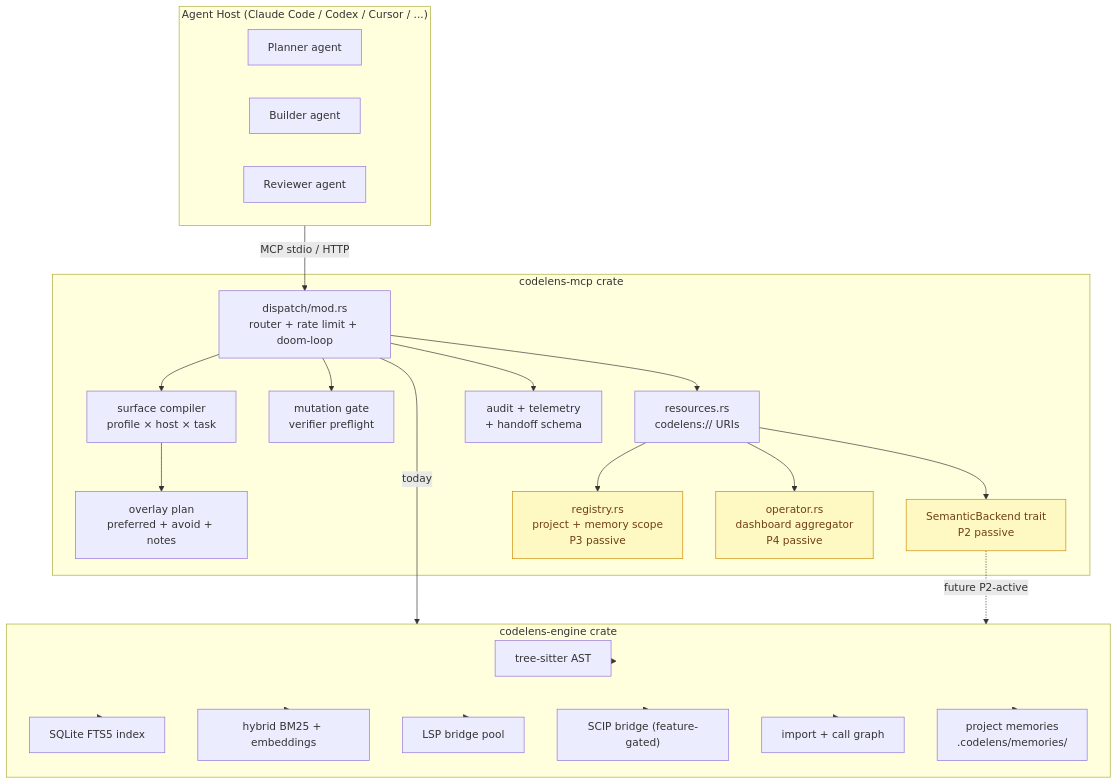
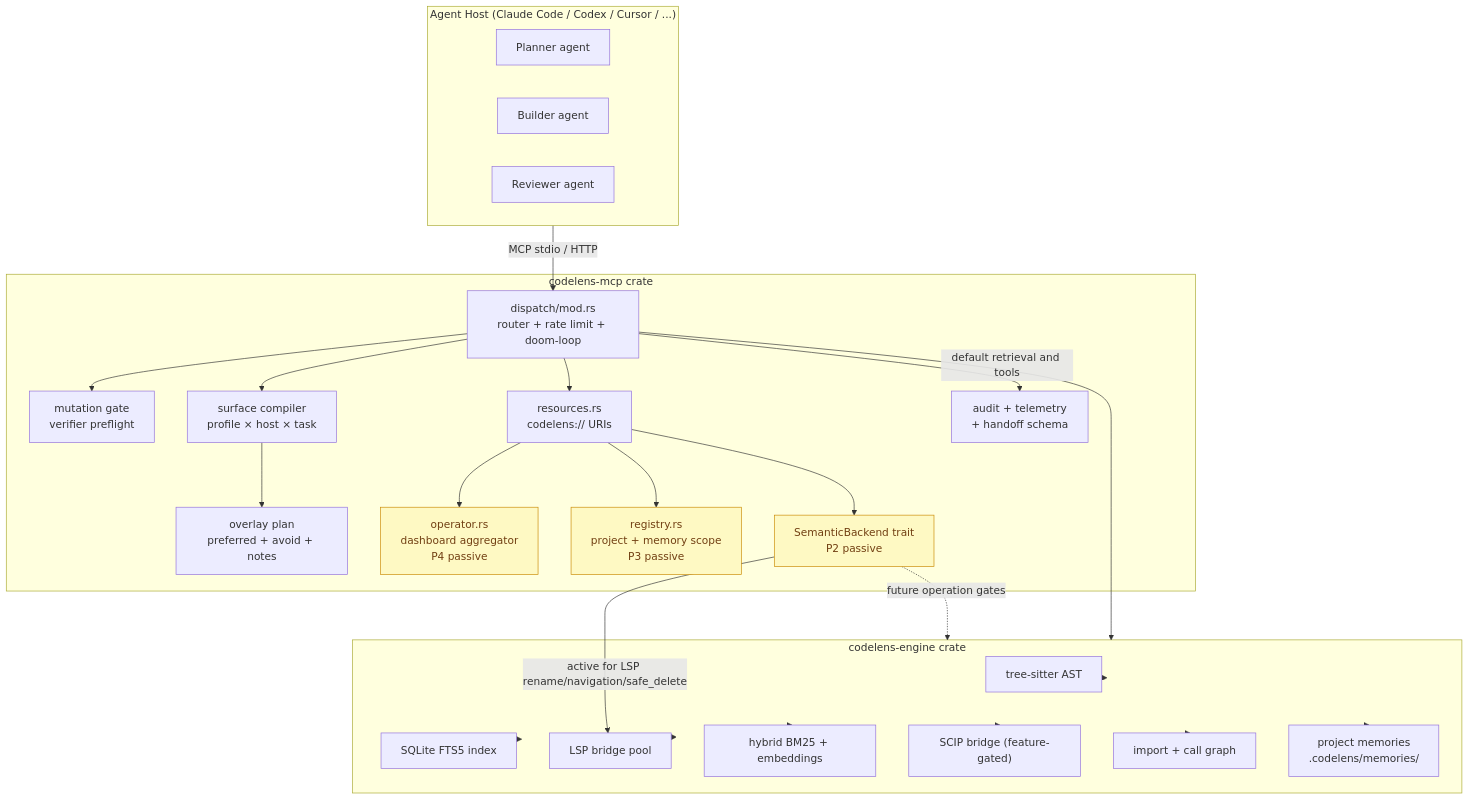
The diagram in docs/architecture-synthesis-2026-04-19.md (mupozg823/codelens-mcp-plugin), drawn with Mermaid before and after one commit. The commit also changed other lines of this file and 74 other files, not shown here.

````diff
--- a/docs/architecture-synthesis-2026-04-19.md
+++ b/docs/architecture-synthesis-2026-04-19.md
@@ -225,54 +241,55 @@
 ```mermaid
 graph TB
   subgraph Host["Agent Host (Claude Code / Codex / Cursor / ...)"]
     Planner[Planner agent]
     Builder[Builder agent]
     Reviewer[Reviewer agent]
   end
 
   subgraph MCP["codelens-mcp crate"]
     Dispatch[dispatch/mod.rs<br/>router + rate limit + doom-loop]
     Surface[surface compiler<br/>profile × host × task]
     Overlay[overlay plan<br/>preferred + avoid + notes]
     Mutation[mutation gate<br/>verifier preflight]
     Resources[resources.rs<br/>codelens:// URIs]
     Audit[audit + telemetry<br/>+ handoff schema]
     Backend[SemanticBackend trait<br/>P2 passive]
     Registry[registry.rs<br/>project + memory scope<br/>P3 passive]
     Operator[operator.rs<br/>dashboard aggregator<br/>P4 passive]
   end
 
   subgraph Engine["codelens-engine crate"]
     TS[tree-sitter AST]
     FTS[SQLite FTS5 index]
     Embed[hybrid BM25 + embeddings]
     LSP[LSP bridge pool]
     SCIP["SCIP bridge (feature-gated)"]
     Graph[import + call graph]
     Memory[project memories<br/>.codelens/memories/]
   end
 
   Host -->|MCP stdio / HTTP| Dispatch
   Dispatch --> Mutation
   Dispatch --> Surface
   Surface --> Overlay
   Dispatch --> Resources
   Resources --> Operator
   Resources --> Registry
   Resources --> Backend
   Dispatch --> Audit
 
-  Dispatch -->|today| Engine
-  Backend -.->|future P2-active| Engine
+  Dispatch -->|default retrieval and tools| Engine
+  Backend -->|active for LSP rename/navigation/safe_delete| LSP
+  Backend -.->|future operation gates| Engine
 
   Engine --> TS
   Engine --> FTS
   Engine --> Embed
   Engine --> LSP
   Engine --> SCIP
   Engine --> Graph
   Engine --> Memory
 
   classDef pending fill:#fef9c3,stroke:#ca8a04,color:#713f12;
   class Backend,Registry,Operator pending;
 ```
````
